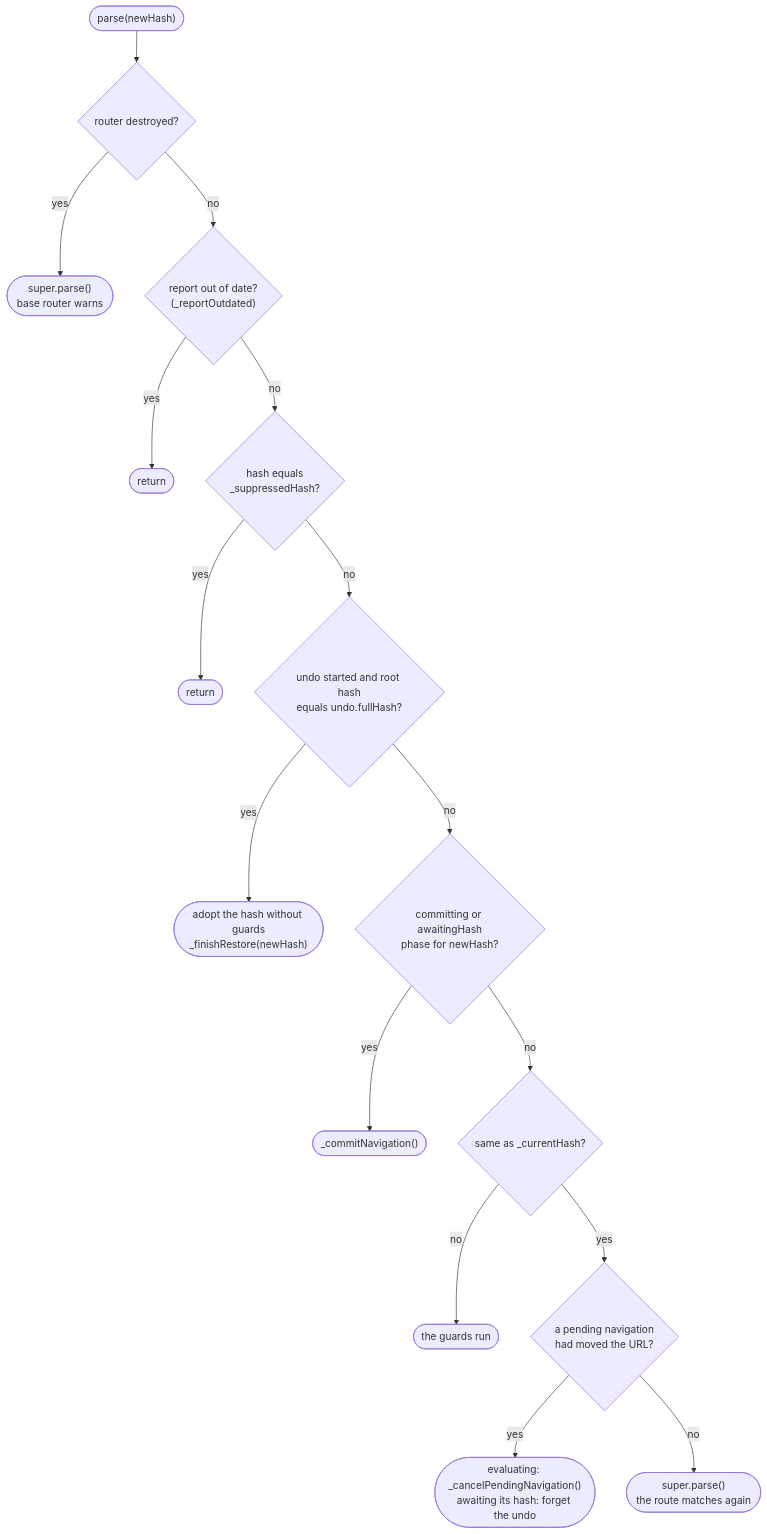
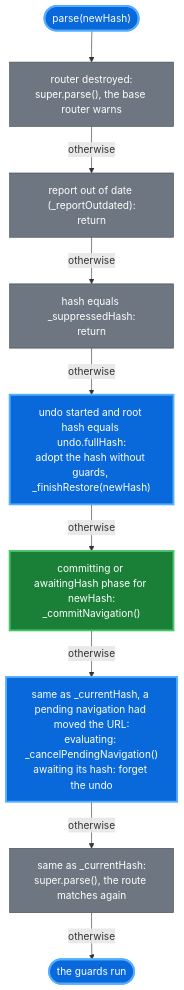
Before and after one commit to wridgeu/ui5-lib-guard-router: the first of 12 diagrams in docs/reference/architecture.md, drawn with Mermaid. The commit also changed other lines of this file and 4 other files, not shown here.

First line of the commit message:
docs: give every diagram the one palette and a legend

````diff
--- a/docs/reference/architecture.md
+++ b/docs/reference/architecture.md
@@ -198,18 +198,18 @@
 ```mermaid
 flowchart TD
-    start(["parse(newHash)"]) --> destroyed{"router destroyed?"}
-    destroyed -- "yes" --> warn(["super.parse()<br/>base router warns"])
-    destroyed -- "no" --> outdated{"report out of date?<br/>(_reportOutdated)"}
-    outdated -- "yes" --> ret1(["return"])
-    outdated -- "no" --> suppress{"hash equals<br/>_suppressedHash?"}
-    suppress -- "yes" --> ret2(["return"])
-    suppress -- "no" --> back{"undo started and root hash<br/>equals undo.fullHash?"}
-    back -- "yes" --> adopt(["adopt the hash without guards<br/>_finishRestore(newHash)"])
-    back -- "no" --> redir{"committing or awaitingHash<br/>phase for newHash?"}
-    redir -- "yes" --> bypass(["_commitNavigation()"])
-    redir -- "no" --> samehash{"same as _currentHash?"}
-    samehash -- "no" --> guards(["the guards run"])
-    samehash -- "yes" --> moved{"a pending navigation<br/>had moved the URL?"}
-    moved -- "yes" --> canceldup(["evaluating: _cancelPendingNavigation()<br/>awaiting its hash: forget the undo"])
-    moved -- "no" --> match(["super.parse()<br/>the route matches again"])
+    start(["parse(newHash)"]) --> destroyed["router destroyed:<br/>super.parse(), the base router warns"]
+    destroyed -- "otherwise" --> outdated["report out of date (_reportOutdated):<br/>return"]
+    outdated -- "otherwise" --> suppress["hash equals _suppressedHash:<br/>return"]
+    suppress -- "otherwise" --> back["undo started and root hash equals undo.fullHash:<br/>adopt the hash without guards, _finishRestore(newHash)"]
+    back -- "otherwise" --> redir["committing or awaitingHash phase for newHash:<br/>_commitNavigation()"]
+    redir -- "otherwise" --> moved["same as _currentHash, a pending navigation had moved the URL:<br/>evaluating: _cancelPendingNavigation()<br/>awaiting its hash: forget the undo"]
+    moved -- "otherwise" --> again["same as _currentHash:<br/>super.parse(), the route matches again"]
+    again -- "otherwise" --> guards(["the guards run"])
+
+    classDef native fill:#6e7781,stroke:#424a53,color:#ffffff
+    classDef added fill:#0969da,stroke:#54aeff,stroke-width:3px,color:#ffffff
+    classDef commit fill:#1a7f37,stroke:#4ac26b,stroke-width:3px,color:#ffffff
+    class destroyed,outdated,suppress,again native
+    class start,back,moved,guards added
+    class redir commit
 ```
````
